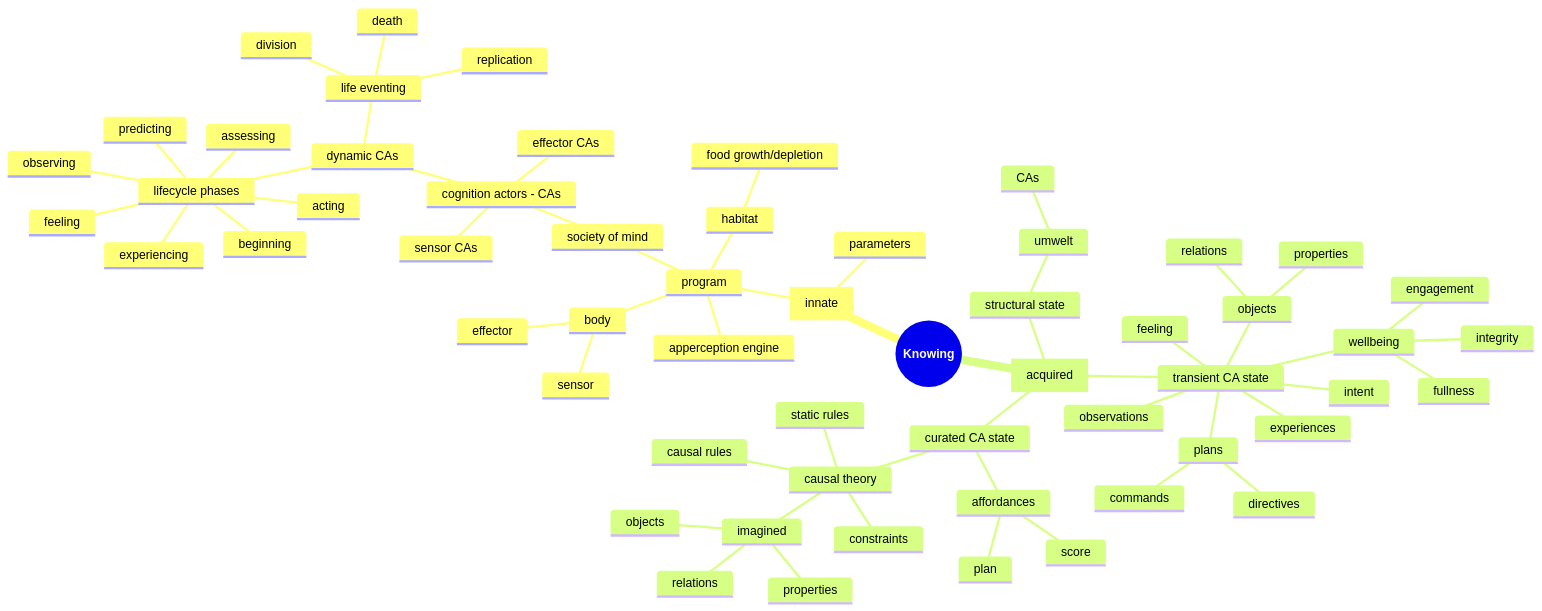
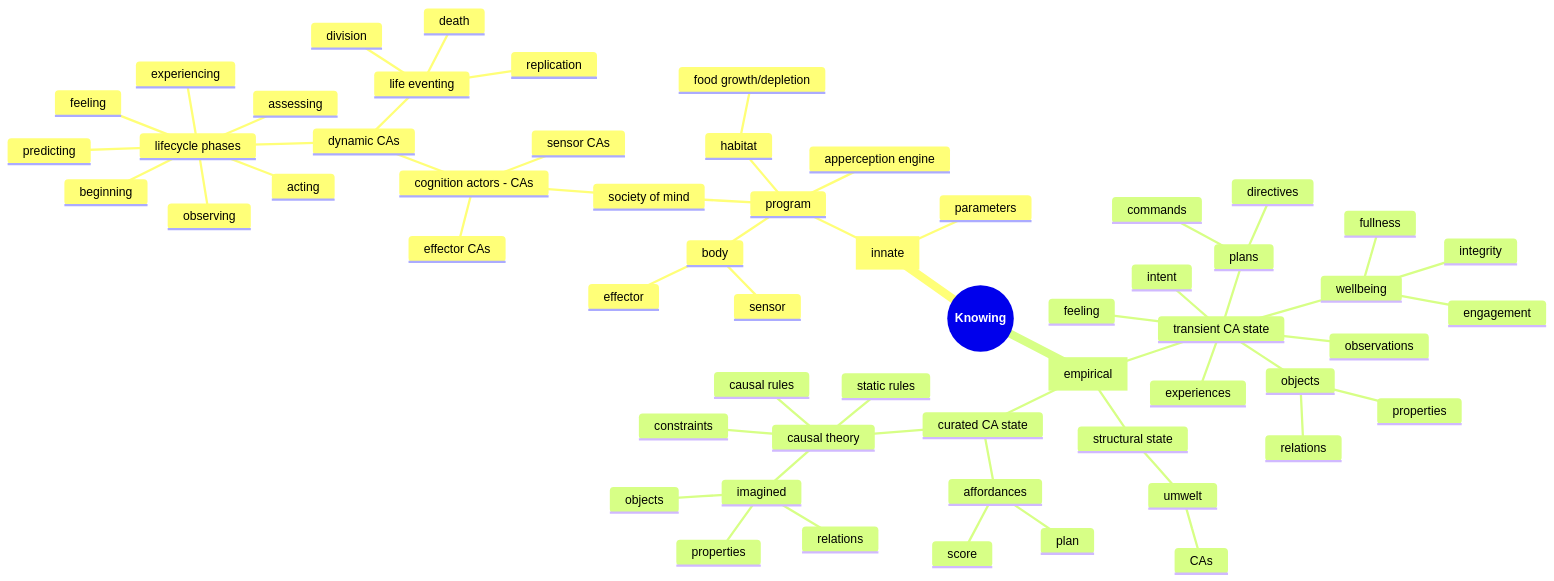
Before and after one commit to jfcloutier/karma_system: the second of 2 diagrams in research_fellowship/symposium 2026.md, drawn with Mermaid. The commit also changed other lines of this file, not shown here.

````diff
--- a/research_fellowship/symposium 2026.md
+++ b/research_fellowship/symposium 2026.md
@@ -149,61 +151,61 @@
 ```mermaid
 mindmap
     root ((**Knowing**))
         [innate]
             program
                 body
                     sensor
                     effector
                 society of mind
                     cognition actors - CAs
                         sensor CAs
                         effector CAs
                         dynamic CAs
                             lifecycle phases
                                 beginning
                                 predicting
                                 observing
                                 experiencing
                                 feeling
                                 acting
                                 assessing
                             life eventing
                                 replication
                                 division
                                 death
                 apperception engine
                 habitat
                     food growth/depletion
             parameters
-        [acquired]
+        [empirical]
             transient CA state
                 objects
                     properties
                     relations
                 wellbeing
                     fullness
                     integrity
                     engagement
                 feeling
                 observations
                 experiences
                 intent
                 plans
                     directives
                     commands
             curated CA state
                 affordances
                     plan
                     score
                 causal theory
                     causal rules
                     static rules
                     constraints
                     imagined 
                         objects
                         properties
                         relations
             structural state
                 umwelt
                     CAs
 ```
````
